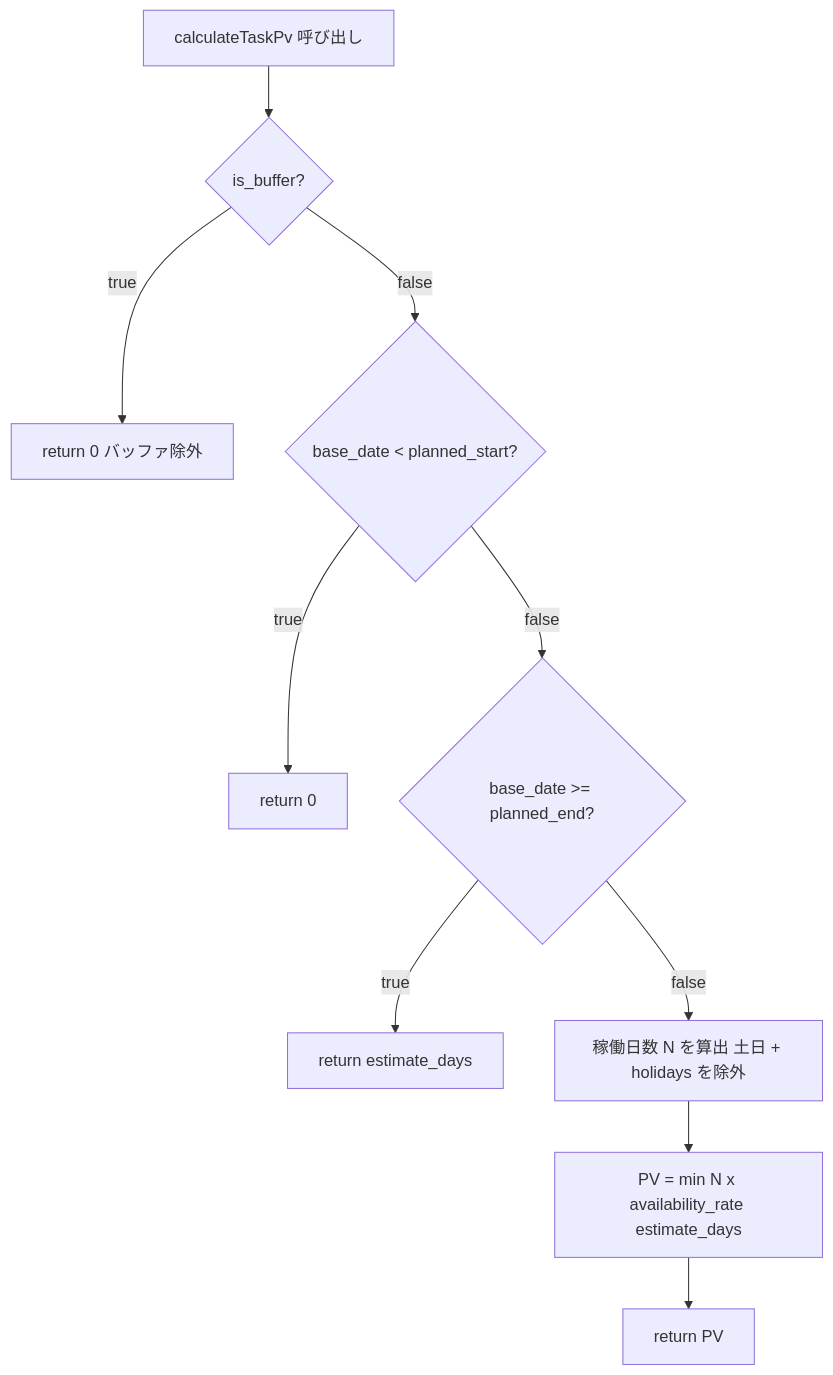
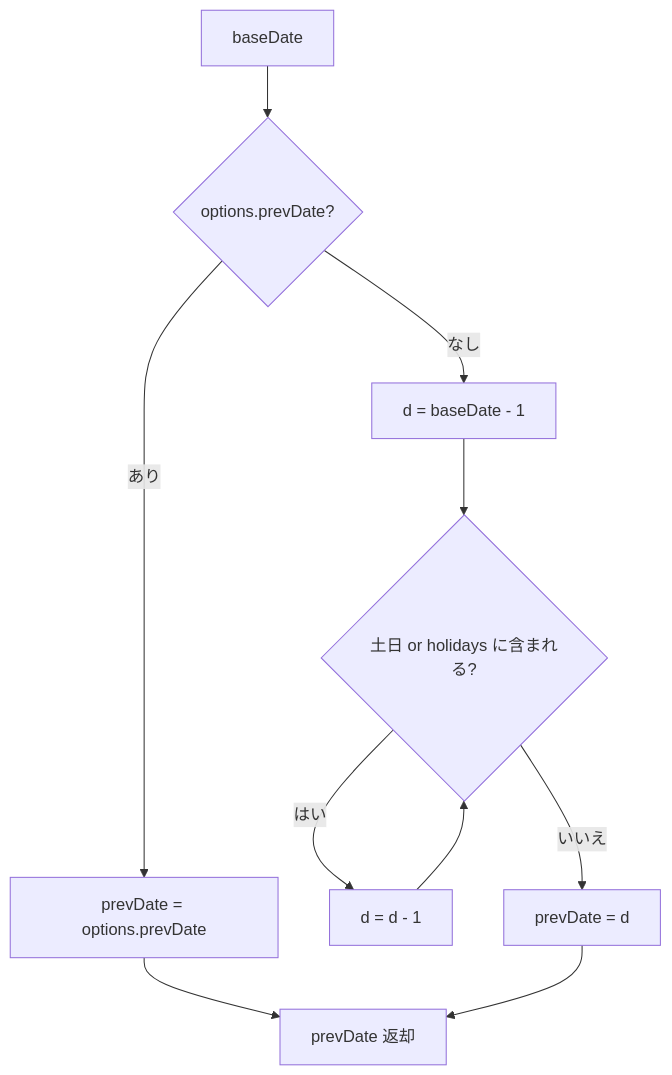
The third of 5 diagrams in .kiro/specs/evm-engine/design.md (PrimeBrains/sdd-workshop), drawn with Mermaid before and after one commit. The commit also changed other lines of this file and 23 other files, not shown here.

````diff
--- a/.kiro/specs/evm-engine/design.md
+++ b/.kiro/specs/evm-engine/design.md
@@ -148,12 +233,12 @@
 ```mermaid
-graph TB
-    Start[calculateTaskPv 呼び出し] --> CheckBuffer{is_buffer?}
-    CheckBuffer -->|true| ReturnZero[return 0 バッファ除外]
-    CheckBuffer -->|false| CheckBefore{base_date < planned_start?}
-    CheckBefore -->|true| PvZero[return 0]
-    CheckBefore -->|false| CheckAfter{base_date >= planned_end?}
-    CheckAfter -->|true| PvFull[return estimate_days]
-    CheckAfter -->|false| CalcN[稼働日数 N を算出 土日 + holidays を除外]
-    CalcN --> CalcPv[PV = min N x availability_rate estimate_days]
-    CalcPv --> ReturnPv[return PV]
+flowchart TD
+  In[baseDate] --> Opt{options.prevDate?}
+  Opt -->|あり| Use[prevDate = options.prevDate]
+  Opt -->|なし| Loop[d = baseDate - 1]
+  Loop --> Check{土日 or holidays に含まれる?}
+  Check -->|はい| Dec[d = d - 1]
+  Dec --> Check
+  Check -->|いいえ| Out[prevDate = d]
+  Use --> End[prevDate 返却]
+  Out --> End
 ```
````
